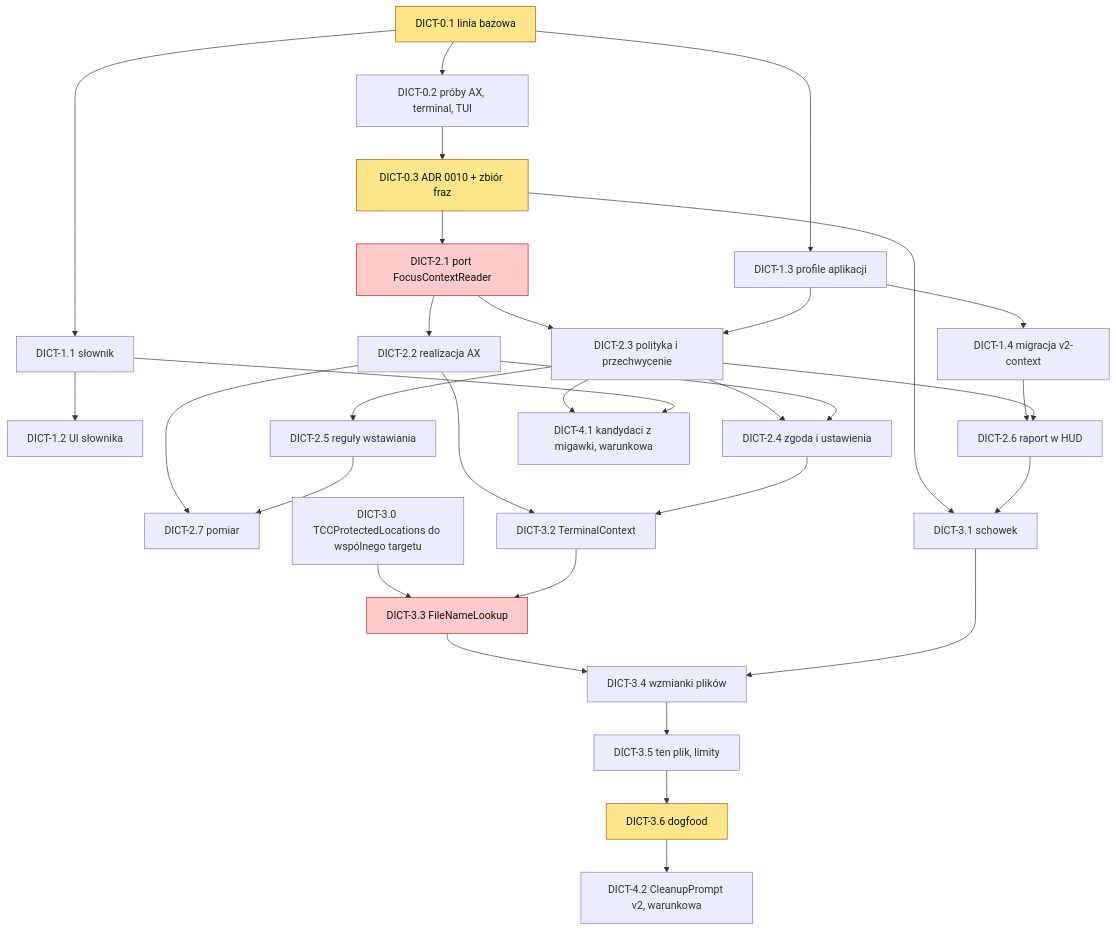
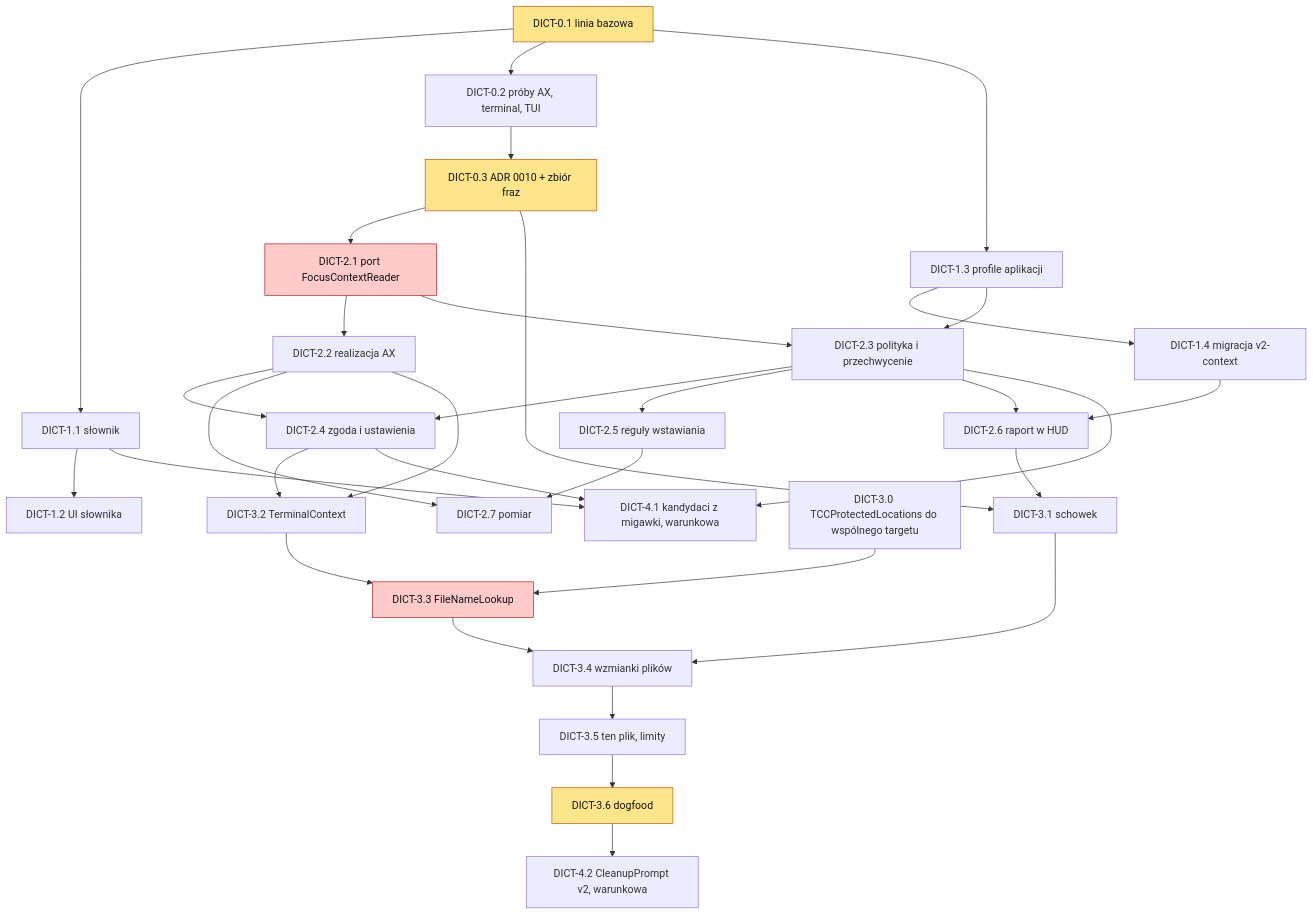
One commit to mjozefiak/Pounce changed the diagram in .ai/specs/backlog/2026-11-13-epic-context-aware-dictation.md. Above: the diagram before and after it, drawn with Mermaid. The commit also changed 4 other files, not shown here.

````diff
--- a/.ai/specs/backlog/2026-11-13-epic-context-aware-dictation.md
+++ b/.ai/specs/backlog/2026-11-13-epic-context-aware-dictation.md
@@ -103,35 +103,36 @@
 ```mermaid
 flowchart TD
   classDef gate fill:#fde68a,color:#111,stroke:#b45309
   classDef contract fill:#fecaca,color:#111,stroke:#b91c1c
   D01[DICT-0.1 linia bazowa]:::gate --> D11[DICT-1.1 słownik]
   D01 --> D02[DICT-0.2 próby AX, terminal, TUI]
   D02 --> D03[DICT-0.3 ADR 0010 + zbiór fraz]:::gate
   D11 --> D12[DICT-1.2 UI słownika]
   D01 --> D13[DICT-1.3 profile aplikacji]
   D13 --> D14[DICT-1.4 migracja v2-context]
   D03 --> D21[DICT-2.1 port FocusContextReader]:::contract
   D21 --> D22[DICT-2.2 realizacja AX]
   D21 --> D23[DICT-2.3 polityka i przechwycenie]
   D13 --> D23
   D23 --> D24[DICT-2.4 zgoda i ustawienia]
   D22 --> D24
   D23 --> D25[DICT-2.5 reguły wstawiania]
   D14 --> D26[DICT-2.6 raport w HUD]
   D23 --> D26
   D22 --> D27[DICT-2.7 pomiar]
   D25 --> D27
   D03 --> D31[DICT-3.1 schowek]
   D26 --> D31
   D22 --> D32[DICT-3.2 TerminalContext]
   D24 --> D32
   D30[DICT-3.0 TCCProtectedLocations do wspólnego targetu] --> D33
   D32 --> D33[DICT-3.3 FileNameLookup]:::contract
   D33 --> D34[DICT-3.4 wzmianki plików]
   D31 --> D34
   D34 --> D35[DICT-3.5 ten plik, limity]
   D35 --> D36[DICT-3.6 dogfood]:::gate
   D23 --> D41[DICT-4.1 kandydaci z migawki, warunkowa]
   D11 --> D41
+  D24 --> D41
   D36 --> D42[DICT-4.2 CleanupPrompt v2, warunkowa]
 ```
````
